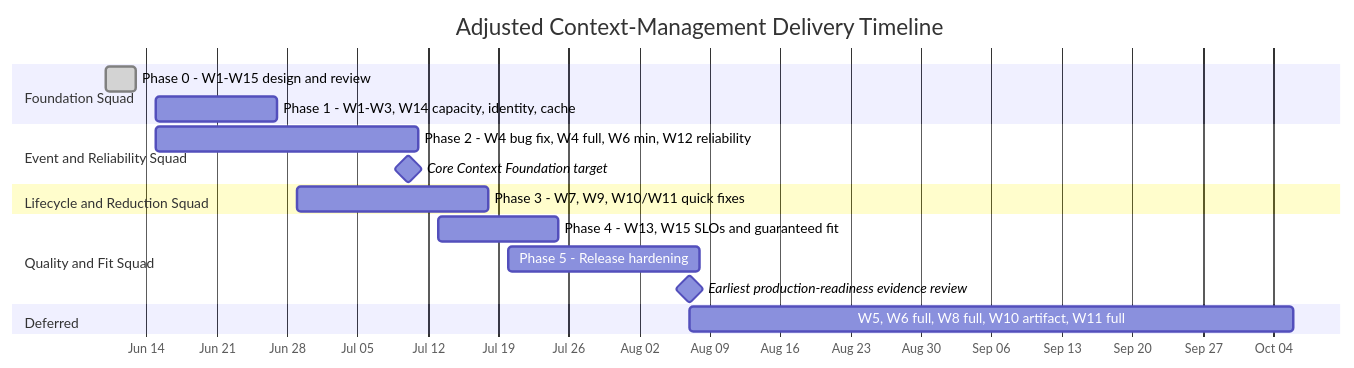
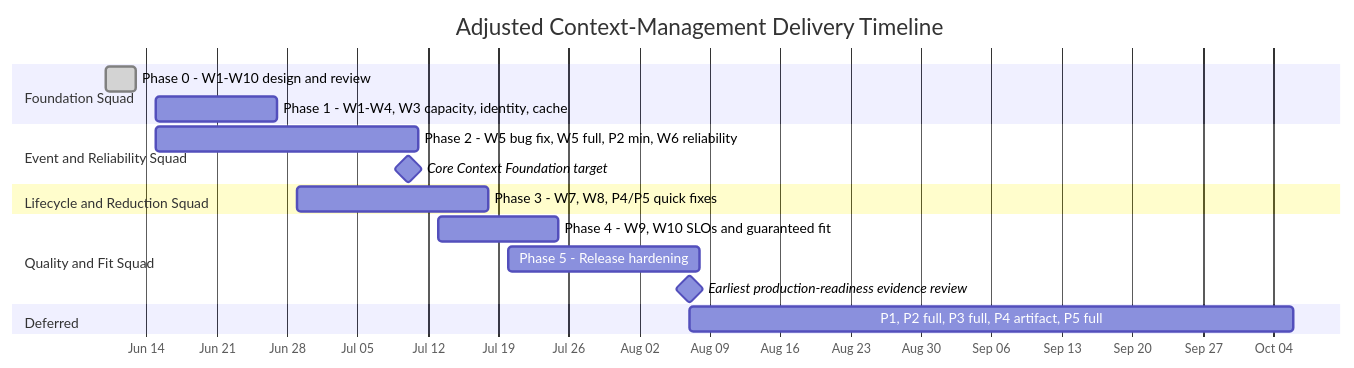
Before and after one commit to ModelEngine-Group/nexent: the fifth of 6 diagrams in doc/working/context-management-workstreams/context-management-production-plan.md, drawn with Mermaid. The commit also changed other lines of this file and 58 other files, not shown here.

````diff
--- a/doc/working/context-management-workstreams/context-management-production-plan.md
+++ b/doc/working/context-management-workstreams/context-management-production-plan.md
@@ -1301,25 +1301,25 @@
 ```mermaid
 gantt
     title Adjusted Context-Management Delivery Timeline
     dateFormat  YYYY-MM-DD
     axisFormat  %b %d
 
     section Foundation Squad
-    Phase 0 - W1-W15 design and review                 :done, p0, 2026-06-10, 3d
-    Phase 1 - W1-W3, W14 capacity, identity, cache    :p1, 2026-06-15, 12d
+    Phase 0 - W1-W10 design and review                 :done, p0, 2026-06-10, 3d
+    Phase 1 - W1-W4, W3 capacity, identity, cache    :p1, 2026-06-15, 12d
 
     section Event and Reliability Squad
-    Phase 2 - W4 bug fix, W4 full, W6 min, W12 reliability :p2, 2026-06-15, 26d
+    Phase 2 - W5 bug fix, W5 full, P2 min, W6 reliability :p2, 2026-06-15, 26d
     Core Context Foundation target                     :milestone, m1, 2026-07-10, 0d
 
     section Lifecycle and Reduction Squad
-    Phase 3 - W7, W9, W10/W11 quick fixes             :p3, 2026-06-29, 19d
+    Phase 3 - W7, W8, P4/P5 quick fixes             :p3, 2026-06-29, 19d
 
     section Quality and Fit Squad
-    Phase 4 - W13, W15 SLOs and guaranteed fit        :p4, 2026-07-13, 12d
+    Phase 4 - W9, W10 SLOs and guaranteed fit        :p4, 2026-07-13, 12d
     Phase 5 - Release hardening                        :p5, 2026-07-20, 19d
     Earliest production-readiness evidence review      :milestone, m2, 2026-08-07, 0d
 
     section Deferred
-    W5, W6 full, W8 full, W10 artifact, W11 full      :deferred, 2026-08-07, 60d
+    P1, P2 full, P3 full, P4 artifact, P5 full      :deferred, 2026-08-07, 60d
 ```
````
